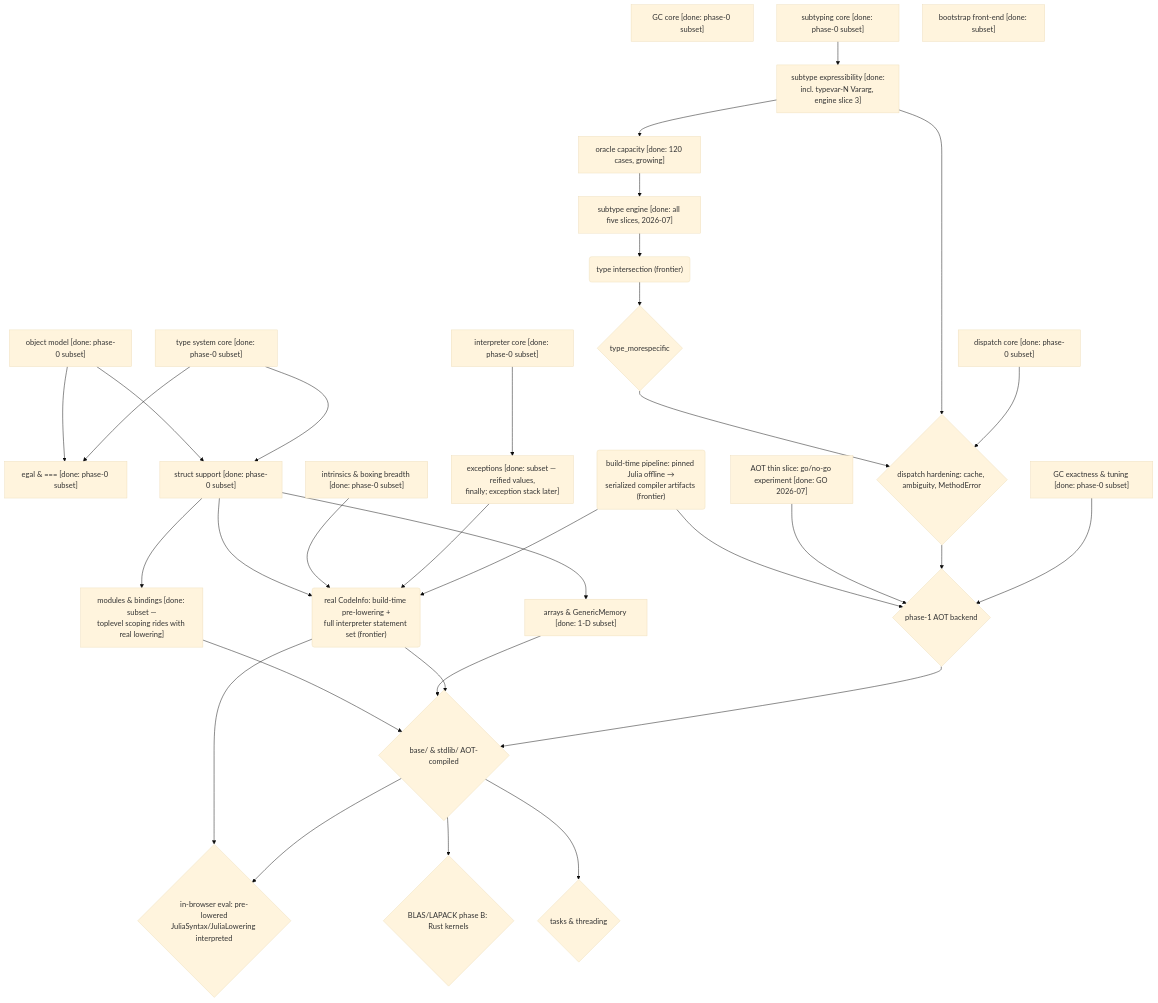
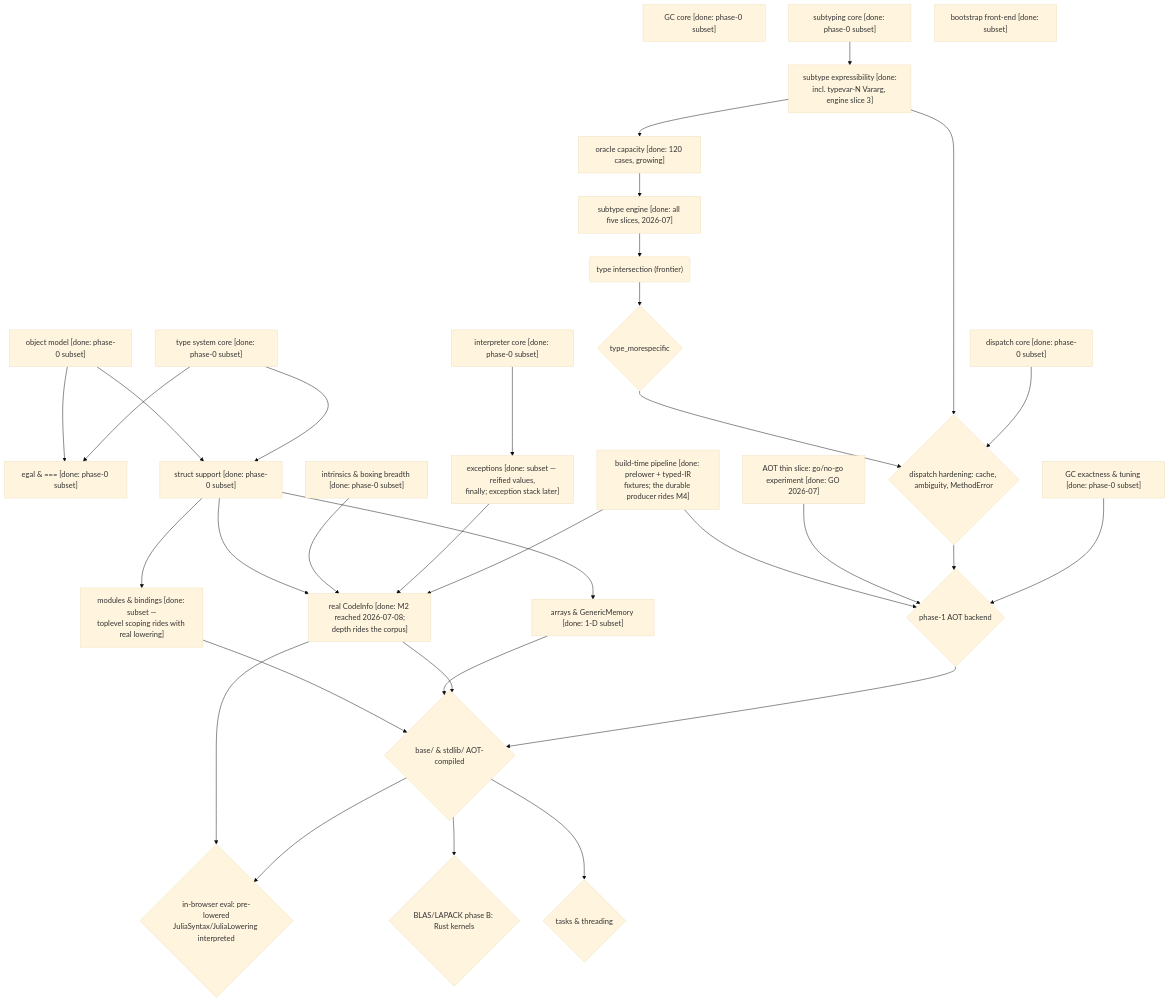
One commit to andy-emerson/Ruju changed the diagram in design/strategy.md. Above: the diagram before and after it, drawn with Mermaid (base theme). The commit also changed other lines of this file and 4 other files, not shown here.

````diff
--- a/design/strategy.md
+++ b/design/strategy.md
@@ -127,65 +127,65 @@
 ```mermaid
 flowchart TD
     OBJ["object model [done: phase-0 subset]"]
     GC0["GC core [done: phase-0 subset]"]
     TYPES["type system core [done: phase-0 subset]"]
     SUB0["subtyping core [done: phase-0 subset]"]
     DISP0["dispatch core [done: phase-0 subset]"]
     INTERP0["interpreter core [done: phase-0 subset]"]
     FE0["bootstrap front-end [done: subset]"]
 
     EGAL["egal & === [done: phase-0 subset]"]
     STRUCTS["struct support [done: phase-0 subset]"]
     INTRIN["intrinsics & boxing breadth [done: phase-0 subset]"]
     GCX["GC exactness & tuning [done: phase-0 subset]"]
     SUBXE["subtype expressibility [done:<br/>incl. typevar-N Vararg, engine slice 3]"]
     EXC["exceptions [done: subset — reified values,<br/>finally; exception stack later]"]
 
     ORACLE["oracle capacity [done: 120 cases, growing]"]
     SUBXM["subtype engine [done: all five slices, 2026-07]"]
     ISECT("type intersection (frontier)")
     MORESPEC{"type_morespecific"}
     DISPX{"dispatch hardening: cache, ambiguity, MethodError"}
     ARRAYS["arrays & GenericMemory [done: 1-D subset]"]
     MODULES["modules & bindings [done: subset —<br/>toplevel scoping rides with real lowering]"]
-    BOOTPIPE("build-time pipeline: pinned Julia offline →<br/>serialized compiler artifacts (frontier)")
+    BOOTPIPE["build-time pipeline [done: prelower + typed-IR<br/>fixtures; the durable producer rides M4]"]
     THINSLICE["AOT thin slice: go/no-go experiment [done: GO 2026-07]"]
-    LOWER("real CodeInfo: build-time pre-lowering +<br/>full interpreter statement set (frontier)")
+    LOWER["real CodeInfo [done: M2 reached 2026-07-08;<br/>depth rides the corpus]"]
     EVAL{"in-browser eval: pre-lowered<br/>JuliaSyntax/JuliaLowering interpreted"}
     AOT{"phase-1 AOT backend"}
     BASE{"base/ & stdlib/ AOT-compiled"}
     BLAS{"BLAS/LAPACK phase B: Rust kernels"}
     TASKS{"tasks & threading"}
 
     OBJ --> STRUCTS
     TYPES --> STRUCTS
     OBJ --> EGAL
     TYPES --> EGAL
     SUB0 --> SUBXE
     SUBXE --> ORACLE
     ORACLE --> SUBXM
     SUBXM --> ISECT
     ISECT --> MORESPEC
     MORESPEC --> DISPX
     SUBXE --> DISPX
     DISP0 --> DISPX
     STRUCTS --> ARRAYS
     STRUCTS --> MODULES
     INTERP0 --> EXC
     STRUCTS --> LOWER
     INTRIN --> LOWER
     EXC --> LOWER
     BOOTPIPE --> LOWER
     BOOTPIPE --> AOT
     THINSLICE --> AOT
     LOWER --> EVAL
     BASE --> EVAL
     MODULES --> BASE
     ARRAYS --> BASE
     LOWER --> BASE
     AOT --> BASE
     DISPX --> AOT
     GCX --> AOT
     BASE --> BLAS
     BASE --> TASKS
 ```
````
